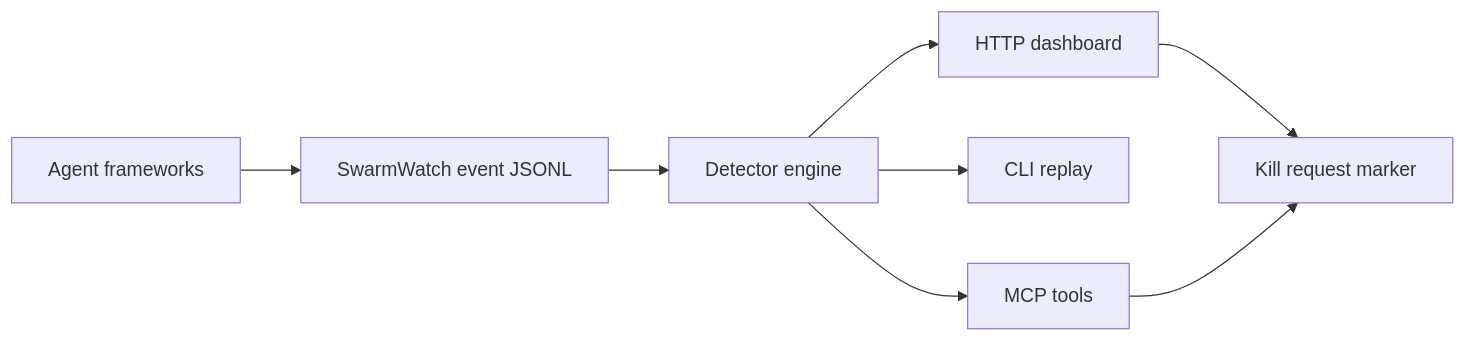
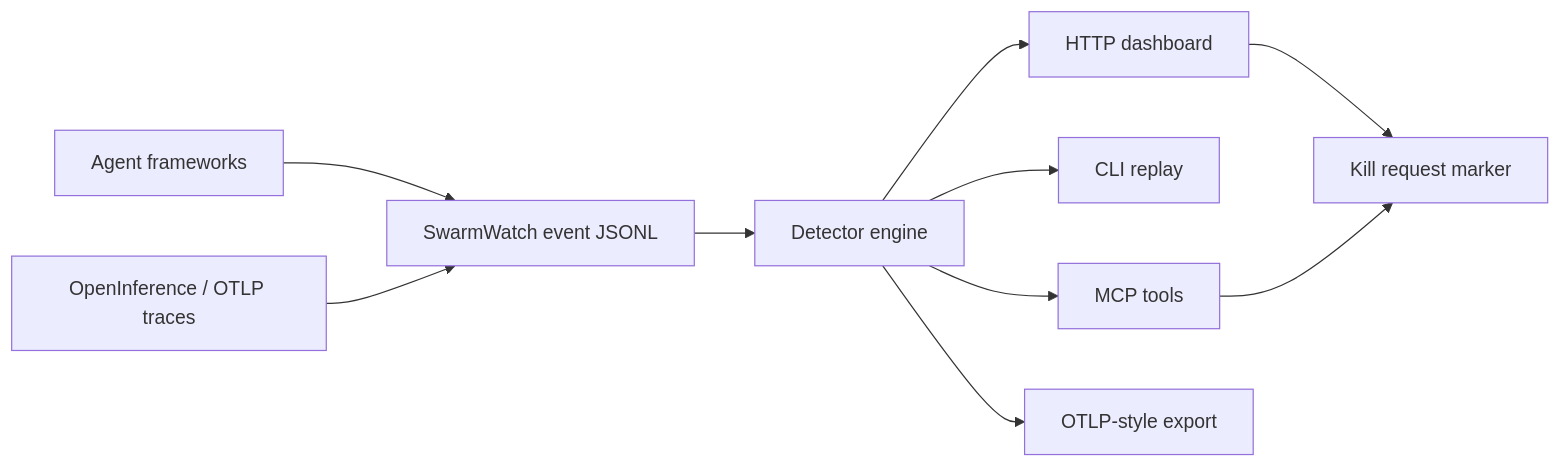
Before and after one commit to rudycelekli/swarmwatch: the diagram in README.md, drawn with Mermaid. The commit also changed other lines of this file and 19 other files, not shown here.

Commit message:
Differentiate SwarmWatch with OpenInference bridge

````diff
--- a/README.md
+++ b/README.md
@@ -8,10 +8,12 @@
 ```mermaid
 flowchart LR
   A["Agent frameworks"] --> B["SwarmWatch event JSONL"]
+  A2["OpenInference / OTLP traces"] --> B
   B --> C["Detector engine"]
   C --> D["HTTP dashboard"]
   C --> E["CLI replay"]
   C --> F["MCP tools"]
+  C --> H["OTLP-style export"]
   D --> G["Kill request marker"]
   F --> G
 ```
````
